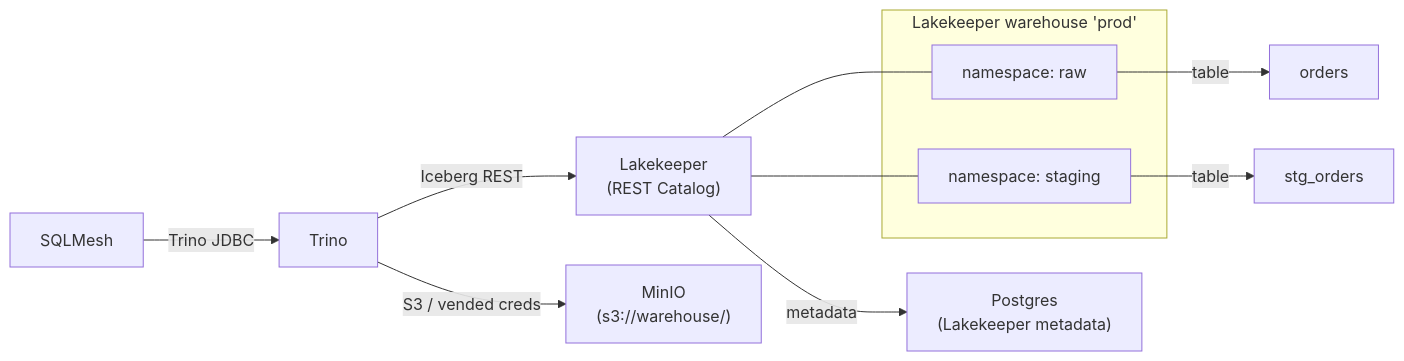
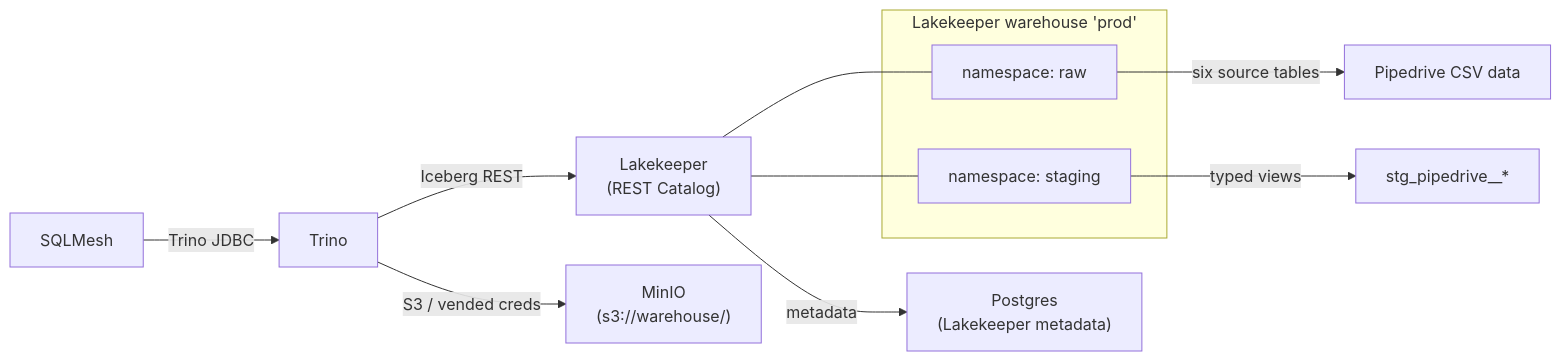
One commit to KikeSenpai/iceberg-analytics-engineering-template changed the diagram in README.md. Above: the diagram before and after it, drawn with Mermaid. The commit also changed other lines of this file and 26 other files, not shown here.

````diff
--- a/README.md
+++ b/README.md
@@ -160,22 +166,22 @@
 ```mermaid
 graph LR
     sqlmesh["SQLMesh"]
     trino["Trino"]
     lakekeeper["Lakekeeper\n(REST Catalog)"]
     minio["MinIO\n(s3://warehouse/)"]
     postgres["Postgres\n(Lakekeeper metadata)"]
 
     sqlmesh -- "Trino JDBC" --> trino
     trino -- "Iceberg REST" --> lakekeeper
     lakekeeper -- "metadata" --> postgres
     trino -- "S3 / vended creds" --> minio
 
     subgraph "Lakekeeper warehouse 'prod'"
         ns_raw["namespace: raw"]
         ns_staging["namespace: staging"]
     end
     lakekeeper --- ns_raw
     lakekeeper --- ns_staging
-    ns_raw -- "table" --> tbl_orders["orders"]
-    ns_staging -- "table" --> tbl_stg["stg_orders"]
+    ns_raw -- "six source tables" --> tbl_sources["Pipedrive CSV data"]
+    ns_staging -- "typed views" --> tbl_stg["stg_pipedrive__*"]
 ```
````
